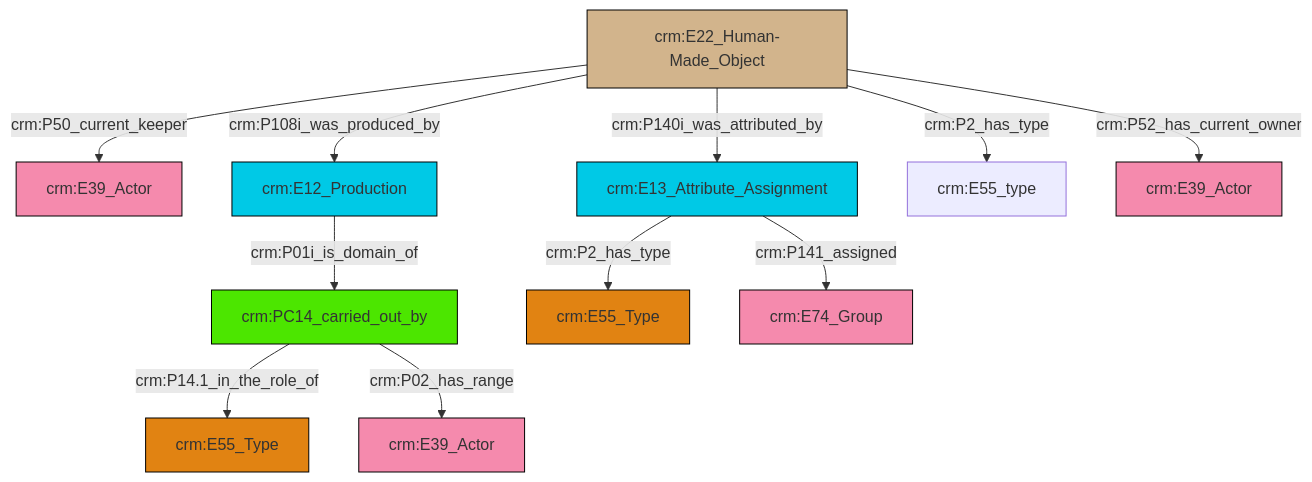
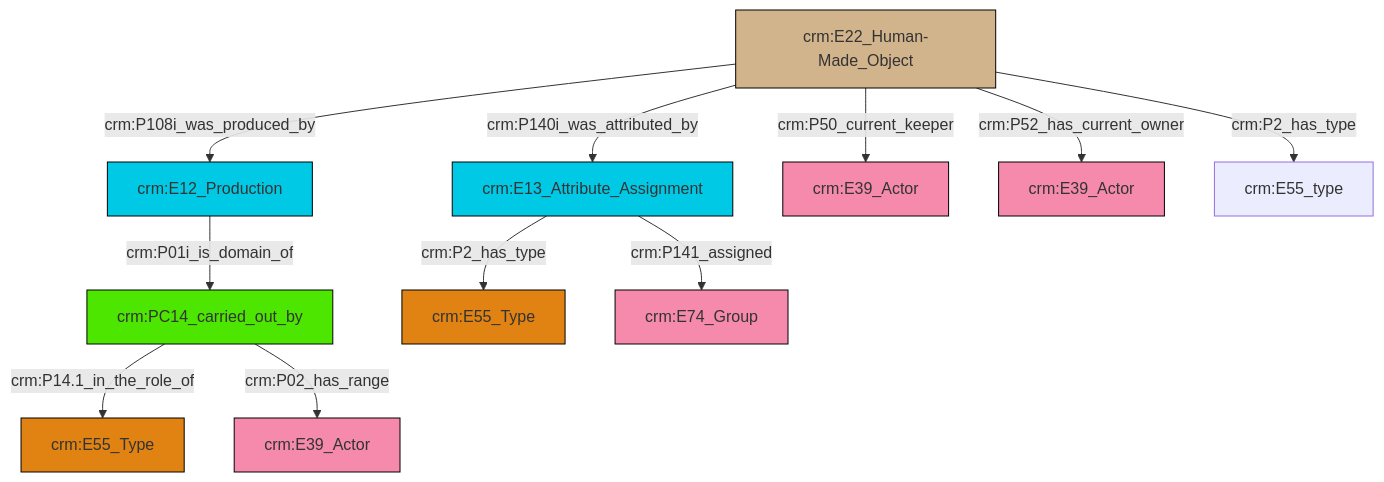
One commit to swiss-art-research-net/docs.swissartresearch changed the diagram in et/artworkCSV/ttl/mmd/Artwork_Actor_Relations.ttl.mmd. Above: the diagram before and after it, drawn with Mermaid. The commit also changed 177 other files, not shown here.

```diff
--- a/et/artworkCSV/ttl/mmd/Artwork_Actor_Relations.ttl.mmd
+++ b/et/artworkCSV/ttl/mmd/Artwork_Actor_Relations.ttl.mmd
@@ -1,25 +1,25 @@
 graph TD
 classDef Literal fill:#f2f2f2,stroke:#000000;
 classDef CRM_Entity fill:#FFFFFF,stroke:#000000;
 classDef Temporal_Entity fill:#00C9E6, stroke:#000000;
 classDef Type fill:#E18312, stroke:#000000;
 classDef Time-Span fill:#2C9C91, stroke:#000000;
 classDef Appellation fill:#FFEB7F, stroke:#000000;
 classDef Place fill:#008836, stroke:#000000;
 classDef Persistent_Item fill:#B266B2, stroke:#000000;
 classDef Conceptual_Object fill:#FFD700, stroke:#000000;
 classDef Physical_Thing fill:#D2B48C, stroke:#000000;
 classDef Actor fill:#f58aad, stroke:#000000;
 classDef PC_Classes fill:#4ce600, stroke:#000000;
 classDef Multi fill:#cccccc,stroke:#000000;
 
-2["crm:E22_Human-Made_Object"]:::Physical_Thing -->|crm:P50_current_keeper| 3["crm:E39_Actor"]:::Actor
-4["crm:E12_Production"]:::Temporal_Entity -->|crm:P01i_is_domain_of| 5["crm:PC14_carried_out_by"]:::PC_Classes
-2["crm:E22_Human-Made_Object"]:::Physical_Thing -->|crm:P108i_was_produced_by| 4["crm:E12_Production"]:::Temporal_Entity
-9["crm:E13_Attribute_Assignment"]:::Temporal_Entity -->|crm:P141_assigned| 10["crm:E74_Group"]:::Actor
-2["crm:E22_Human-Made_Object"]:::Physical_Thing -->|crm:P2_has_type| 12["crm:E55_type"]:::Default
-9["crm:E13_Attribute_Assignment"]:::Temporal_Entity -->|crm:P2_has_type| 6["crm:E55_Type"]:::Type
-2["crm:E22_Human-Made_Object"]:::Physical_Thing -->|crm:P52_has_current_owner| 15["crm:E39_Actor"]:::Actor
-5["crm:PC14_carried_out_by"]:::PC_Classes -->|crm:P14.1_in_the_role_of| 18["crm:E55_Type"]:::Type
-5["crm:PC14_carried_out_by"]:::PC_Classes -->|crm:P02_has_range| 0["crm:E39_Actor"]:::Actor
-2["crm:E22_Human-Made_Object"]:::Physical_Thing -->|crm:P140i_was_attributed_by| 9["crm:E13_Attribute_Assignment"]:::Temporal_Entity
+0["crm:E12_Production"]:::Temporal_Entity -->|crm:P01i_is_domain_of| 1["crm:PC14_carried_out_by"]:::PC_Classes
+4["crm:E13_Attribute_Assignment"]:::Temporal_Entity -->|crm:P141_assigned| 5["crm:E74_Group"]:::Actor
+6["crm:E22_Human-Made_Object"]:::Physical_Thing -->|crm:P108i_was_produced_by| 0["crm:E12_Production"]:::Temporal_Entity
+4["crm:E13_Attribute_Assignment"]:::Temporal_Entity -->|crm:P2_has_type| 2["crm:E55_Type"]:::Type
+1["crm:PC14_carried_out_by"]:::PC_Classes -->|crm:P14.1_in_the_role_of| 7["crm:E55_Type"]:::Type
+6["crm:E22_Human-Made_Object"]:::Physical_Thing -->|crm:P52_has_current_owner| 11["crm:E39_Actor"]:::Actor
+6["crm:E22_Human-Made_Object"]:::Physical_Thing -->|crm:P2_has_type| 13["crm:E55_type"]:::Default
+1["crm:PC14_carried_out_by"]:::PC_Classes -->|crm:P02_has_range| 15["crm:E39_Actor"]:::Actor
+6["crm:E22_Human-Made_Object"]:::Physical_Thing -->|crm:P50_current_keeper| 9["crm:E39_Actor"]:::Actor
+6["crm:E22_Human-Made_Object"]:::Physical_Thing -->|crm:P140i_was_attributed_by| 4["crm:E13_Attribute_Assignment"]:::Temporal_Entity
```
